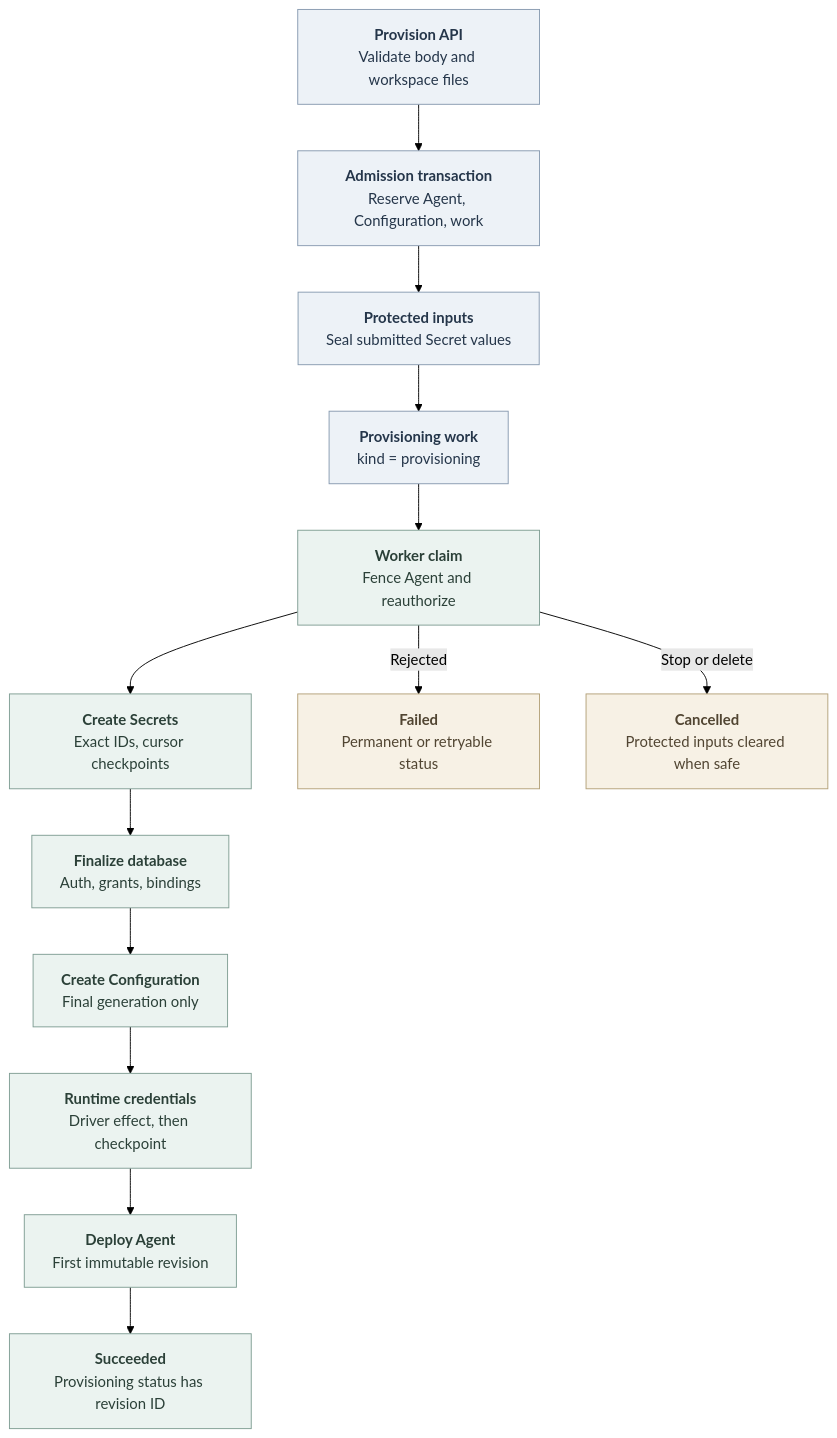
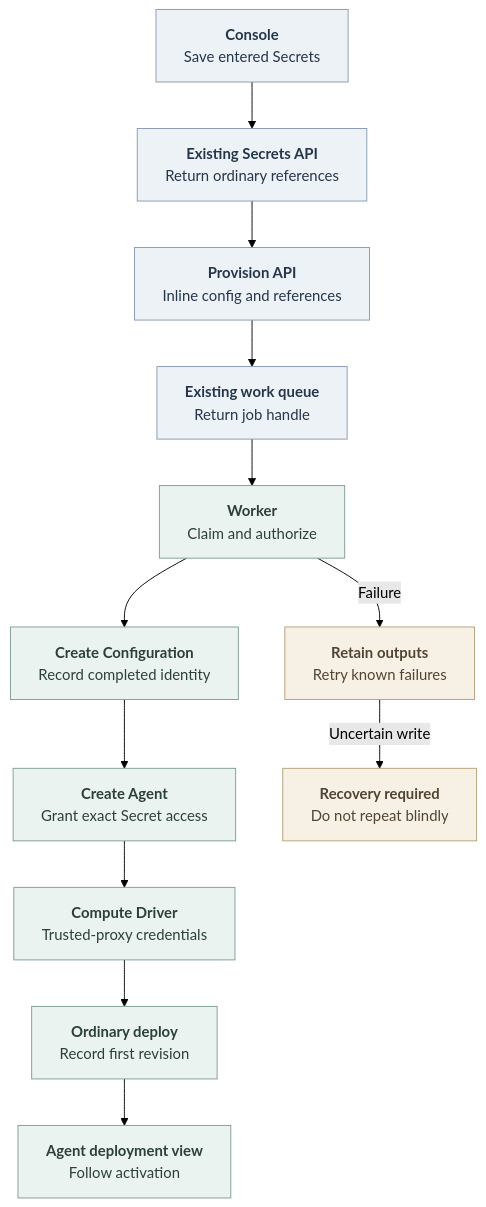
Before and after one commit to openclaw/openclaw-enterprise: the diagram in docs/flows/agent-provisioning.md, drawn with Mermaid (forest theme). The commit also changed other lines of this file and 50 other files, not shown here.

Commit message:
refactor: simplify first-time agent provisioning

````diff
--- a/docs/flows/agent-provisioning.md
+++ b/docs/flows/agent-provisioning.md
@@ -23,22 +23,21 @@
 ```mermaid
 graph TD
-  API["<b>Provision API</b><br/>Validate body and workspace files"] --> Admit["<b>Admission transaction</b><br/>Reserve Agent, Configuration, work"]
-  Admit --> Protect["<b>Protected inputs</b><br/>Seal submitted Secret values"]
-  Protect --> Queue["<b>Provisioning work</b><br/>kind = provisioning"]
-  Queue --> Claim["<b>Worker claim</b><br/>Fence Agent and reauthorize"]
-  Claim --> Secrets["<b>Create Secrets</b><br/>Exact IDs, cursor checkpoints"]
-  Secrets --> Setup["<b>Finalize database</b><br/>Auth, grants, bindings"]
-  Setup --> Config["<b>Create Configuration</b><br/>Final generation only"]
-  Config --> Transport["<b>Runtime credentials</b><br/>Driver effect, then checkpoint"]
-  Transport --> Deploy["<b>Deploy Agent</b><br/>First immutable revision"]
-  Deploy --> Done["<b>Succeeded</b><br/>Provisioning status has revision ID"]
-  Claim -->|Rejected| Fail["<b>Failed</b><br/>Permanent or retryable status"]
-  Claim -->|Stop or delete| Cancel["<b>Cancelled</b><br/>Protected inputs cleared when safe"]
+  Console["<b>Console</b><br/>Save entered Secrets"] --> Secrets["<b>Existing Secrets API</b><br/>Return ordinary references"]
+  Secrets --> API["<b>Provision API</b><br/>Inline config and references"]
+  API --> Queue["<b>Existing work queue</b><br/>Return job handle"]
+  Queue --> Claim["<b>Worker</b><br/>Claim and authorize"]
+  Claim --> Config["<b>Create Configuration</b><br/>Record completed identity"]
+  Config --> Agent["<b>Create Agent</b><br/>Grant exact Secret access"]
+  Agent --> Transport["<b>Compute Driver</b><br/>Trusted-proxy credentials"]
+  Transport --> Deploy["<b>Ordinary deploy</b><br/>Record first revision"]
+  Deploy --> UI["<b>Agent deployment view</b><br/>Follow activation"]
+  Claim -->|Failure| Failed["<b>Retain outputs</b><br/>Retry known failures"]
+  Failed -->|Uncertain write| Recovery["<b>Recovery required</b><br/>Do not repeat blindly"]
 
   classDef state fill:#EDF2F7,stroke:#879AB0,color:#25364A,stroke-width:1px
   classDef operation fill:#EBF3F0,stroke:#7F9D93,color:#2B4038,stroke-width:1px
   classDef condition fill:#F7F1E5,stroke:#B3A078,color:#514532,stroke-width:1px
-  class API,Admit,Protect,Queue state
-  class Claim,Secrets,Setup,Config,Transport,Deploy,Done operation
-  class Fail,Cancel condition
+  class Console,Secrets,API,Queue state
+  class Claim,Config,Agent,Transport,Deploy,UI operation
+  class Failed,Recovery condition
 ```
````
